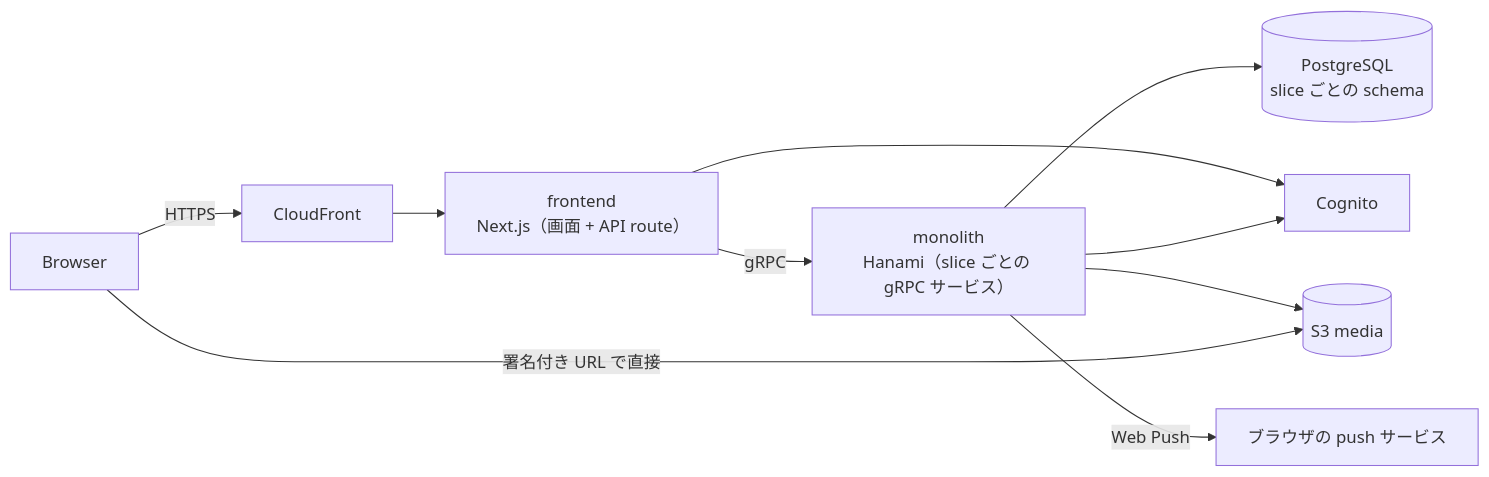
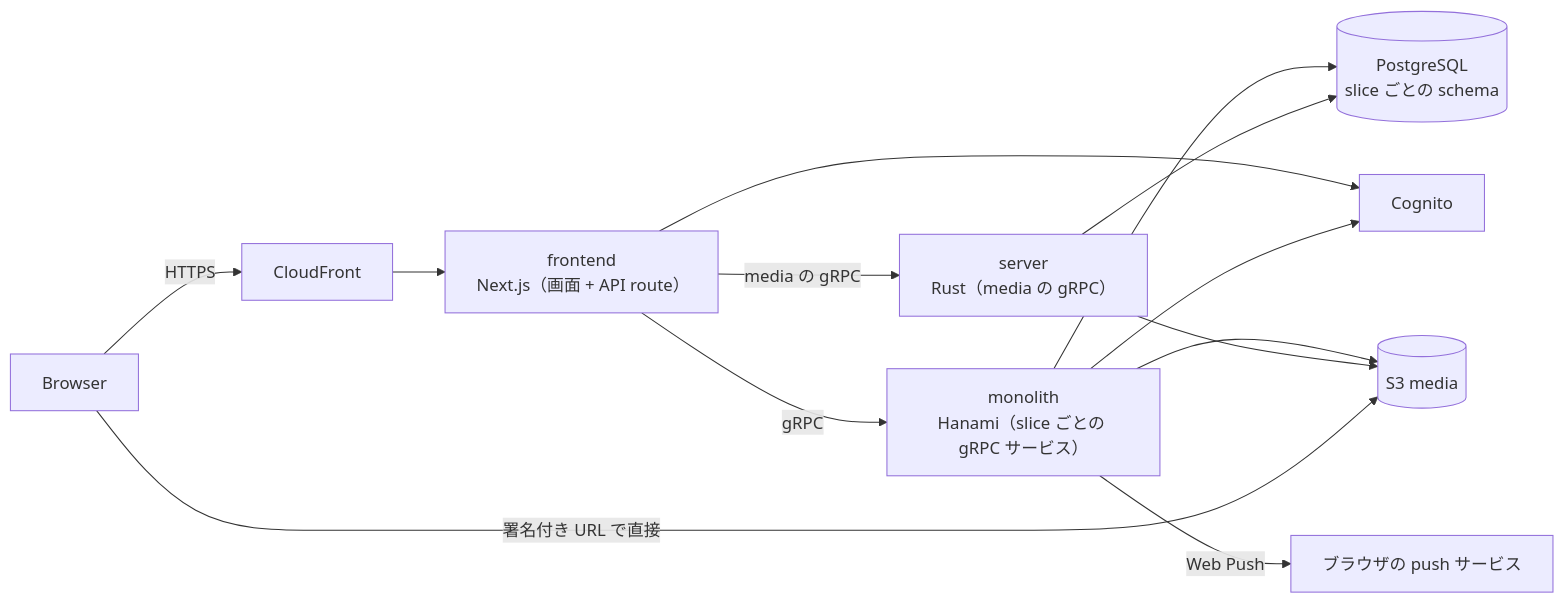
Before and after one commit to panicboat/monorepo: the diagram in dystopia/docs/README.md, drawn with Mermaid. The commit also changed other lines of this file and 3 other files, not shown here.

Commit message:
docs(dystopia): describe the Rust media server

````diff
--- a/dystopia/docs/README.md
+++ b/dystopia/docs/README.md
@@ -19,12 +19,15 @@
 ```mermaid
 flowchart LR
   Browser -->|HTTPS| CloudFront
   CloudFront --> Frontend["frontend<br>Next.js（画面 + API route）"]
   Frontend -->|gRPC| Monolith["monolith<br>Hanami（slice ごとの gRPC サービス）"]
+  Frontend -->|media の gRPC| Server["server<br>Rust（media の gRPC）"]
   Monolith --> DB[(PostgreSQL<br>slice ごとの schema)]
+  Server --> DB
   Frontend --> Cognito[Cognito]
   Monolith --> Cognito
   Monolith --> S3[(S3 media)]
+  Server --> S3
   Browser -->|署名付き URL で直接| S3
   Monolith -->|Web Push| PushService[ブラウザの push サービス]
 ```
````
